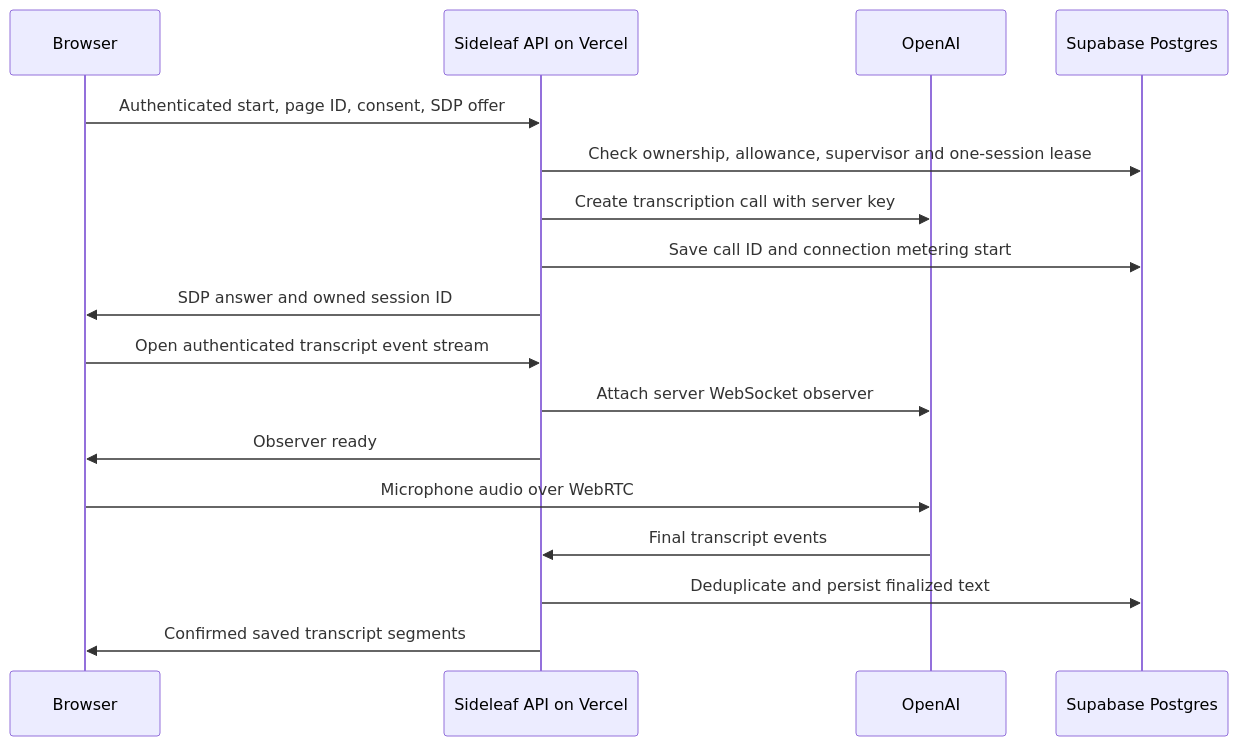
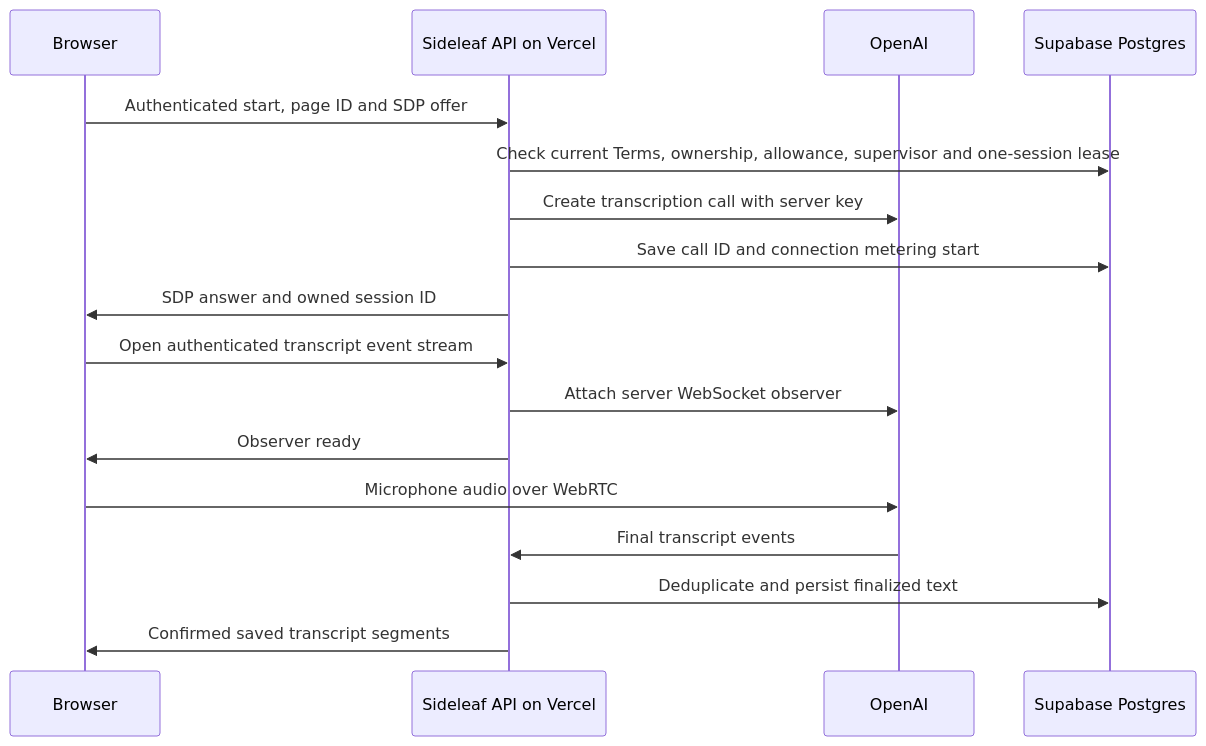
The diagram in docs/live-capture.md (ThinkHale/Sideleaf), drawn with Mermaid before and after one commit. The commit also changed other lines of this file and 60 other files, not shown here.

````diff
--- a/docs/live-capture.md
+++ b/docs/live-capture.md
@@ -13,19 +13,19 @@
 ```mermaid
 sequenceDiagram
   participant Browser
   participant API as Sideleaf API on Vercel
   participant OpenAI
   participant DB as Supabase Postgres
-  Browser->>API: Authenticated start, page ID, consent, SDP offer
-  API->>DB: Check ownership, allowance, supervisor and one-session lease
+  Browser->>API: Authenticated start, page ID and SDP offer
+  API->>DB: Check current Terms, ownership, allowance, supervisor and one-session lease
   API->>OpenAI: Create transcription call with server key
   API->>DB: Save call ID and connection metering start
   API->>Browser: SDP answer and owned session ID
   Browser->>API: Open authenticated transcript event stream
   API->>OpenAI: Attach server WebSocket observer
   API->>Browser: Observer ready
   Browser->>OpenAI: Microphone audio over WebRTC
   OpenAI->>API: Final transcript events
   API->>DB: Deduplicate and persist finalized text
   API->>Browser: Confirmed saved transcript segments
 ```
````
